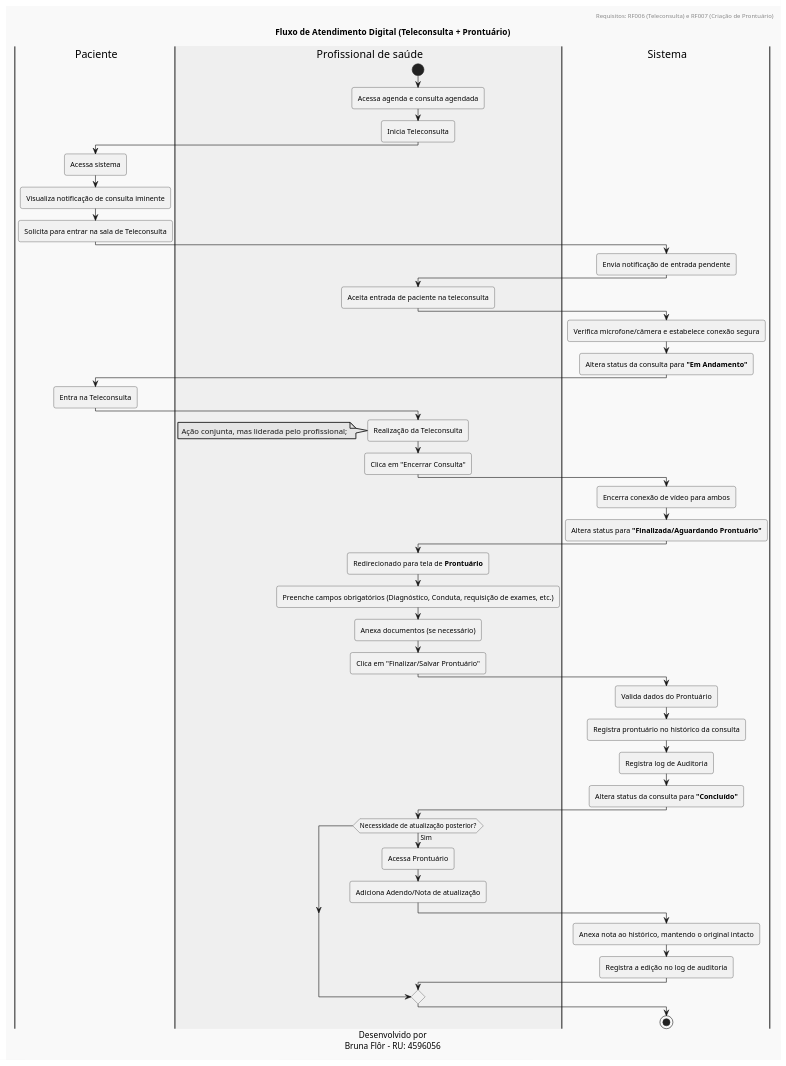
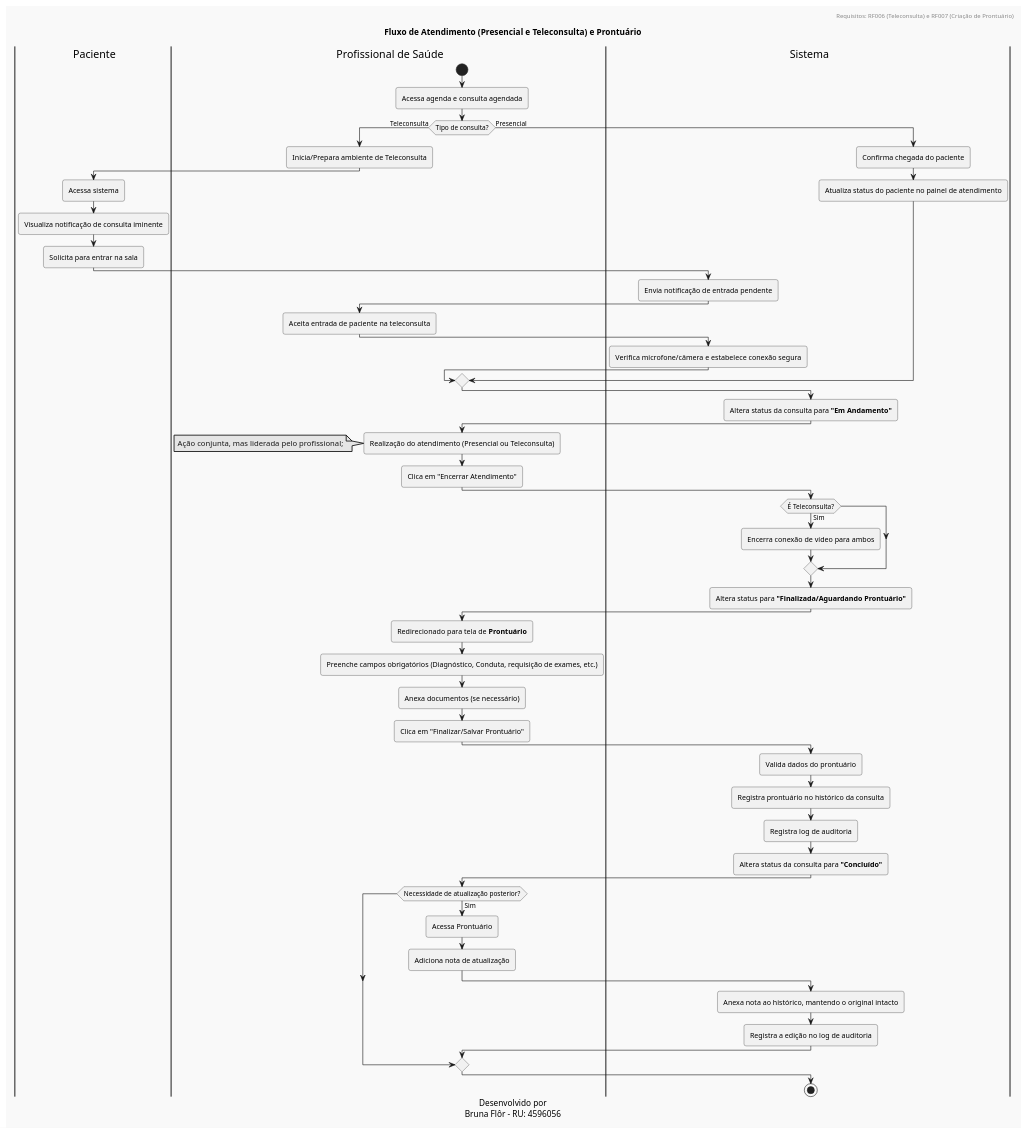
One commit to bruflor/uninter-SGHSS-projeto-engenharia-de-software changed the diagram in docs/diagrams/activity/consulta-execucao.puml. Above: the diagram before and after it, drawn with PlantUML.

Commit message:
atualizando para servir para consulta e teleconsulta

```diff
--- a/docs/diagrams/activity/consulta-execucao.puml
+++ b/docs/diagrams/activity/consulta-execucao.puml
@@ -1,81 +1,90 @@
-@startuml 
+@startuml Fluxo_Atendimento_Geral_RF006_RF007
 
 header
 Requisitos: RF006 (Teleconsulta) e RF007 (Criação de Prontuário)
 end header
 
-title Fluxo de Atendimento Digital (Teleconsulta + Prontuário)
+title Fluxo de Atendimento (Presencial e Teleconsulta) e Prontuário
 
 caption
 Desenvolvido por
 Bruna Flôr - RU: 4596056
 end caption
 
 !theme mars
 
-|user| Paciente
-|#efefef|prof| Profissional de saúde
+|patient| Paciente
+|prof| Profissional de Saúde
 |sys| Sistema
-
-
 
 |prof|
 start
 :Acessa agenda e consulta agendada;
-:Inicia Teleconsulta;
 
-|user|
-:Acessa sistema;
-:Visualiza notificação de consulta iminente;
+if (Tipo de consulta?) then (Teleconsulta)
+  :Inicia/Prepara ambiente de Teleconsulta;
 
-:Solicita para entrar na sala de Teleconsulta;
+  |patient|
+  :Acessa sistema;
+  :Visualiza notificação de consulta iminente;
+  :Solicita para entrar na sala;
+
+  |sys|
+  :Envia notificação de entrada pendente;
+
+  |prof|
+  :Aceita entrada de paciente na teleconsulta;
+
+  |sys|
+  :Verifica microfone/câmera e estabelece conexão segura;
+
+else (Presencial)
+  :Confirma chegada do paciente;
+
+  |sys|
+  :Atualiza status do paciente no painel de atendimento;
+end if
+
 |sys|
-:Envia notificação de entrada pendente;
+:Altera status da consulta para **"Em Andamento"**;
 
 |prof|
-:Aceita entrada de paciente na teleconsulta;
-
-|sys|
-:Verifica microfone/câmera e estabelece conexão segura;
-:Altera status da consulta para **"Em Andamento"**;
-|user|
-:Entra na Teleconsulta;
-|prof|
-:Realização da Teleconsulta;
+:Realização do atendimento (Presencial ou Teleconsulta);
 
 note
 Ação conjunta, mas liderada pelo profissional;
 end note
 
-:Clica em "Encerrar Consulta";
+:Clica em "Encerrar Atendimento";
 
 |sys|
-:Encerra conexão de vídeo para ambos;
+if (É Teleconsulta?) then (Sim)
+  :Encerra conexão de vídeo para ambos;
+end if
 :Altera status para **"Finalizada/Aguardando Prontuário"**;
 
 
 |prof|
 :Redirecionado para tela de **Prontuário**;
 :Preenche campos obrigatórios (Diagnóstico, Conduta, requisição de exames, etc.);
 :Anexa documentos (se necessário);
 :Clica em "Finalizar/Salvar Prontuário";
 
 |sys|
-:Valida dados do Prontuário;
+:Valida dados do prontuário;
 :Registra prontuário no histórico da consulta;
-:Registra log de Auditoria;
+:Registra log de auditoria;
 :Altera status da consulta para **"Concluído"**;
 
 |prof|
 if (Necessidade de atualização posterior?) then (Sim)
-  |prof|
   :Acessa Prontuário;
-  :Adiciona Adendo/Nota de atualização;
+  :Adiciona nota de atualização;
 
   |sys|
   :Anexa nota ao histórico, mantendo o original intacto;
   :Registra a edição no log de auditoria;
-endif
+end if
 
 stop
 @enduml
```
